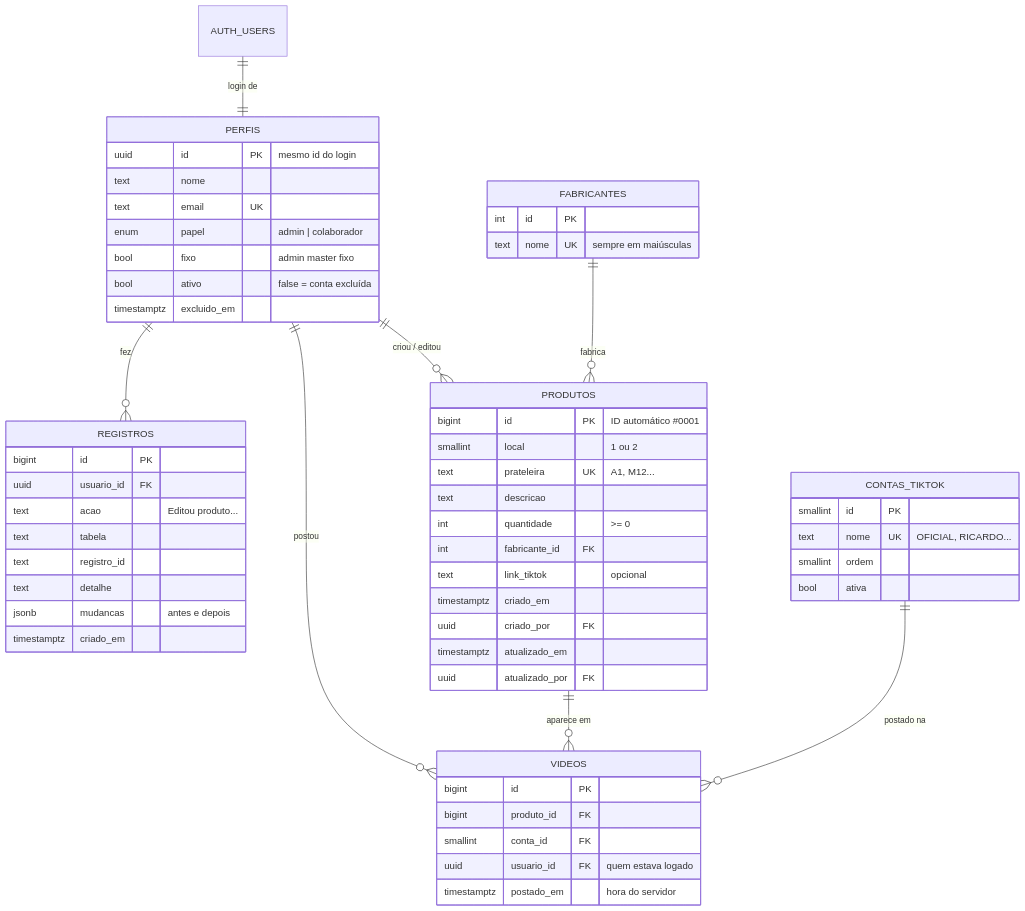
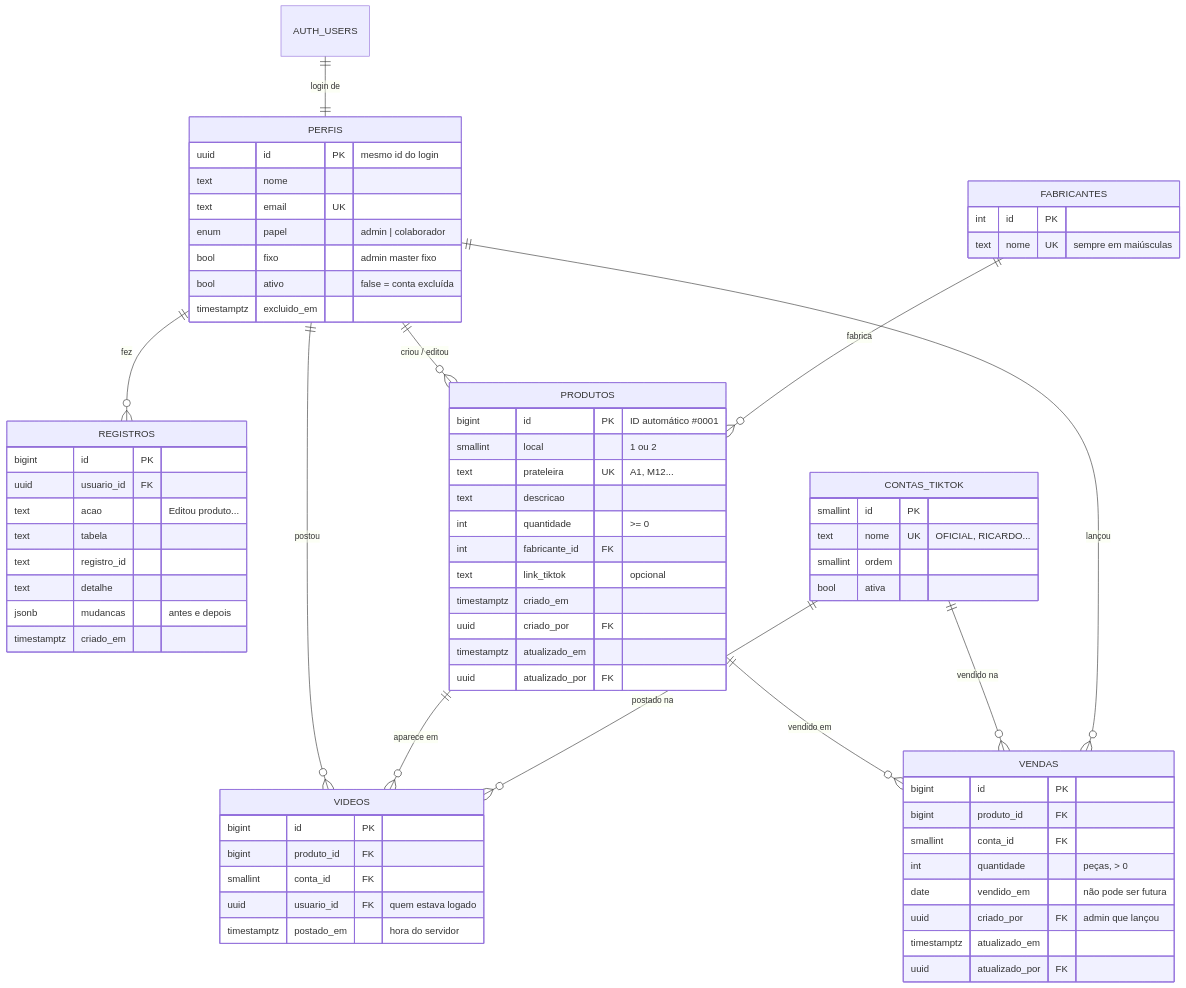
The diagram in docs/banco-de-dados.md (gabrieldasilva88188/casadojeansa-app-site), drawn with Mermaid before and after one commit. The commit also changed other lines of this file and 8 other files, not shown here.

````diff
--- a/docs/banco-de-dados.md
+++ b/docs/banco-de-dados.md
@@ -10,60 +11,73 @@
 ```mermaid
 erDiagram
   AUTH_USERS ||--|| PERFIS : "login de"
   PERFIS ||--o{ VIDEOS : "postou"
   PERFIS ||--o{ REGISTROS : "fez"
   PERFIS ||--o{ PRODUTOS : "criou / editou"
   FABRICANTES ||--o{ PRODUTOS : "fabrica"
   PRODUTOS ||--o{ VIDEOS : "aparece em"
   CONTAS_TIKTOK ||--o{ VIDEOS : "postado na"
+  PRODUTOS ||--o{ VENDAS : "vendido em"
+  CONTAS_TIKTOK ||--o{ VENDAS : "vendido na"
+  PERFIS ||--o{ VENDAS : "lançou"
 
   PERFIS {
     uuid id PK "mesmo id do login"
     text nome
     text email UK
     enum papel "admin | colaborador"
     bool fixo "admin master fixo"
     bool ativo "false = conta excluída"
     timestamptz excluido_em
   }
   CONTAS_TIKTOK {
     smallint id PK
     text nome UK "OFICIAL, RICARDO..."
     smallint ordem
     bool ativa
   }
   FABRICANTES {
     int id PK
     text nome UK "sempre em maiúsculas"
   }
   PRODUTOS {
     bigint id PK "ID automático #0001"
     smallint local "1 ou 2"
     text prateleira UK "A1, M12..."
     text descricao
     int quantidade ">= 0"
     int fabricante_id FK
     text link_tiktok "opcional"
     timestamptz criado_em
     uuid criado_por FK
     timestamptz atualizado_em
     uuid atualizado_por FK
   }
   VIDEOS {
     bigint id PK
     bigint produto_id FK
     smallint conta_id FK
     uuid usuario_id FK "quem estava logado"
     timestamptz postado_em "hora do servidor"
   }
+  VENDAS {
+    bigint id PK
+    bigint produto_id FK
+    smallint conta_id FK
+    int quantidade "peças, > 0"
+    date vendido_em "não pode ser futura"
+    uuid criado_por FK "admin que lançou"
+    timestamptz atualizado_em
+    uuid atualizado_por FK
+  }
   REGISTROS {
     bigint id PK
     uuid usuario_id FK
     text acao "Editou produto..."
     text tabela
     text registro_id
     text detalhe
     jsonb mudancas "antes e depois"
     timestamptz criado_em
   }
 ```
````
